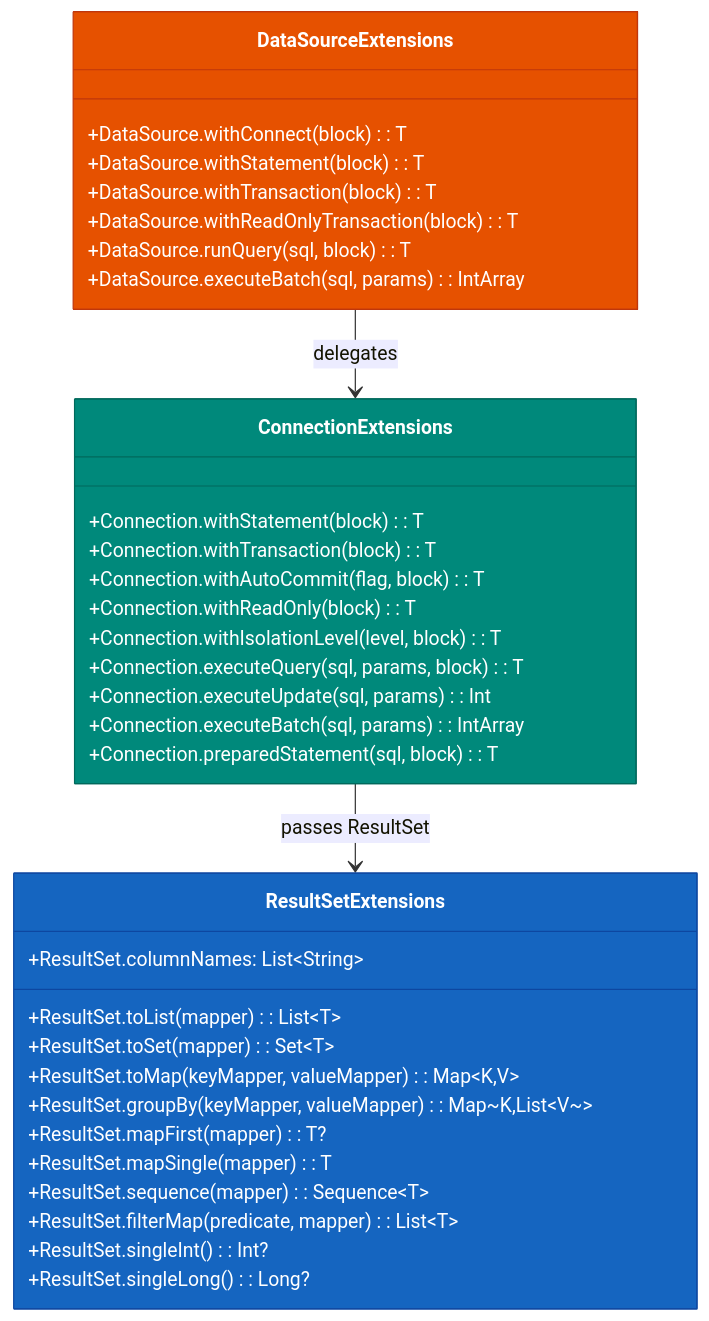
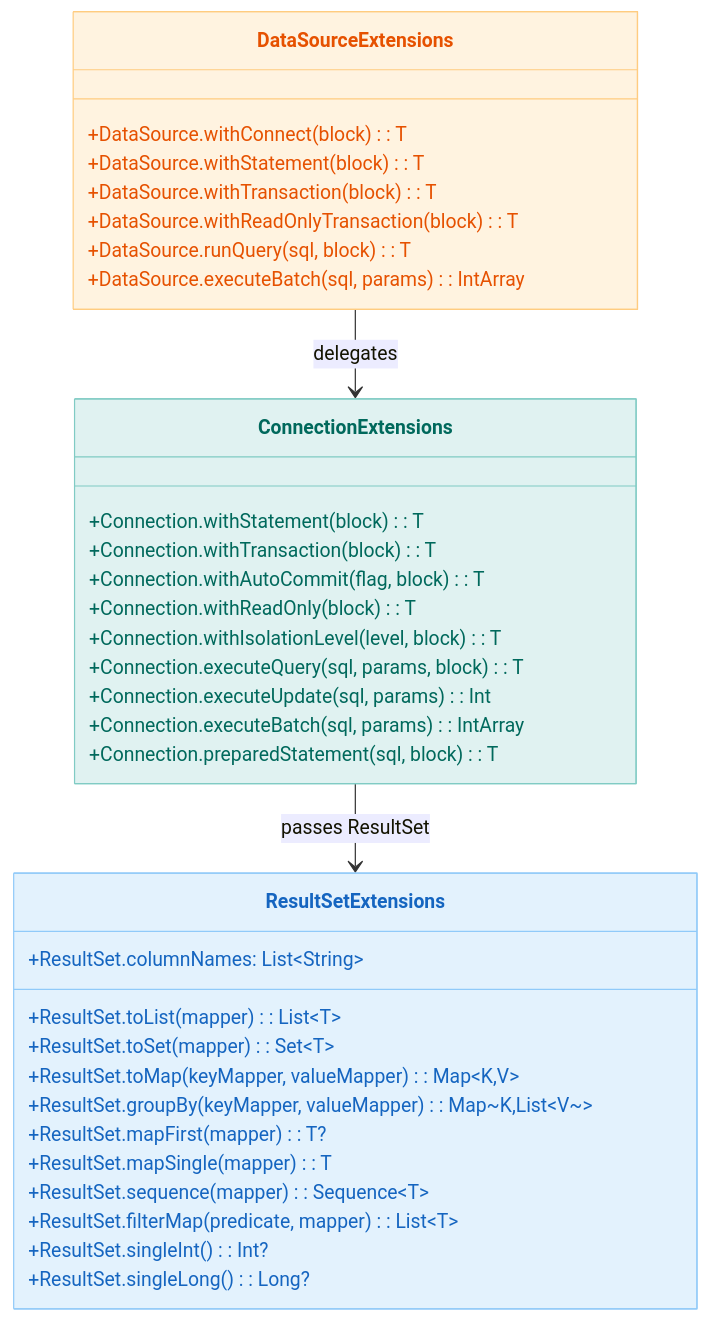
The second of 3 diagrams in data/jdbc/README.md (bluetape4k/bluetape4k-projects), drawn with Mermaid before and after one commit. The commit also changed other lines of this file and 219 other files, not shown here.

First line of the commit message:
docs: 전체 README Mermaid 다이어그램 가이드 적용

````diff
--- a/data/jdbc/README.md
+++ b/data/jdbc/README.md
@@ -500,42 +500,42 @@
 ```mermaid
 classDiagram
     class DataSourceExtensions {
         +DataSource.withConnect(block): T
         +DataSource.withStatement(block): T
         +DataSource.withTransaction(block): T
         +DataSource.withReadOnlyTransaction(block): T
         +DataSource.runQuery(sql, block): T
         +DataSource.executeBatch(sql, params): IntArray
     }
     class ConnectionExtensions {
         +Connection.withStatement(block): T
         +Connection.withTransaction(block): T
         +Connection.withAutoCommit(flag, block): T
         +Connection.withReadOnly(block): T
         +Connection.withIsolationLevel(level, block): T
         +Connection.executeQuery(sql, params, block): T
         +Connection.executeUpdate(sql, params): Int
         +Connection.executeBatch(sql, params): IntArray
         +Connection.preparedStatement(sql, block): T
     }
     class ResultSetExtensions {
         +ResultSet.toList(mapper): List~T~
         +ResultSet.toSet(mapper): Set~T~
         +ResultSet.toMap(keyMapper, valueMapper): Map~K,V~
         +ResultSet.groupBy(keyMapper, valueMapper): Map~K,List~V~~
         +ResultSet.mapFirst(mapper): T?
         +ResultSet.mapSingle(mapper): T
         +ResultSet.sequence(mapper): Sequence~T~
         +ResultSet.filterMap(predicate, mapper): List~T~
         +ResultSet.singleInt(): Int?
         +ResultSet.singleLong(): Long?
         +ResultSet.columnNames: List~String~
     }
 
     DataSourceExtensions --> ConnectionExtensions : delegates
     ConnectionExtensions --> ResultSetExtensions : passes ResultSet
 
-    style DataSourceExtensions fill:#E65100,stroke:#BF360C,color:#FFFFFF
-    style ConnectionExtensions fill:#00897B,stroke:#00695C,color:#FFFFFF
-    style ResultSetExtensions fill:#1565C0,stroke:#0D47A1,color:#FFFFFF
+    style DataSourceExtensions fill:#FFF3E0,stroke:#FFCC80,color:#E65100
+    style ConnectionExtensions fill:#E0F2F1,stroke:#80CBC4,color:#00695C
+    style ResultSetExtensions fill:#E3F2FD,stroke:#90CAF9,color:#1565C0
 ```
````
